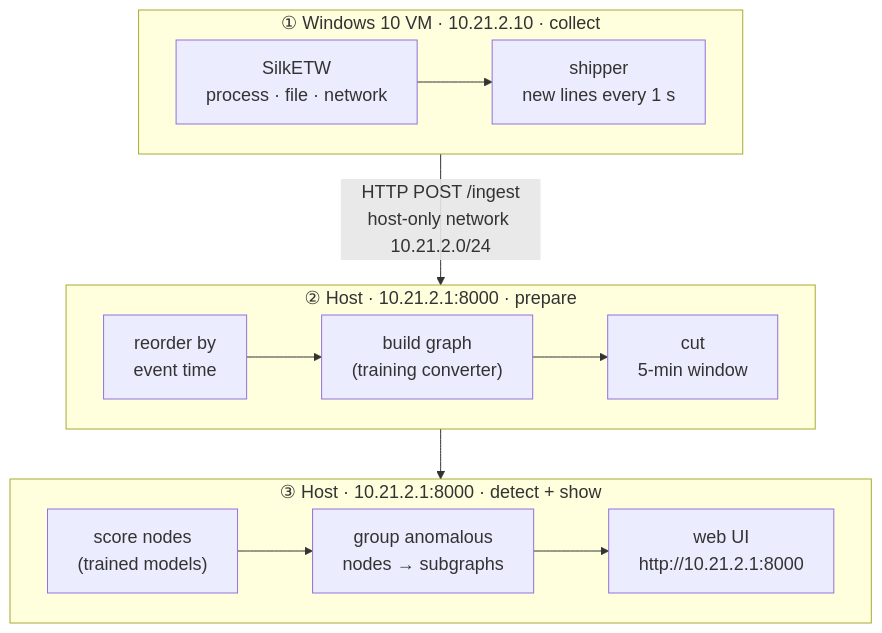
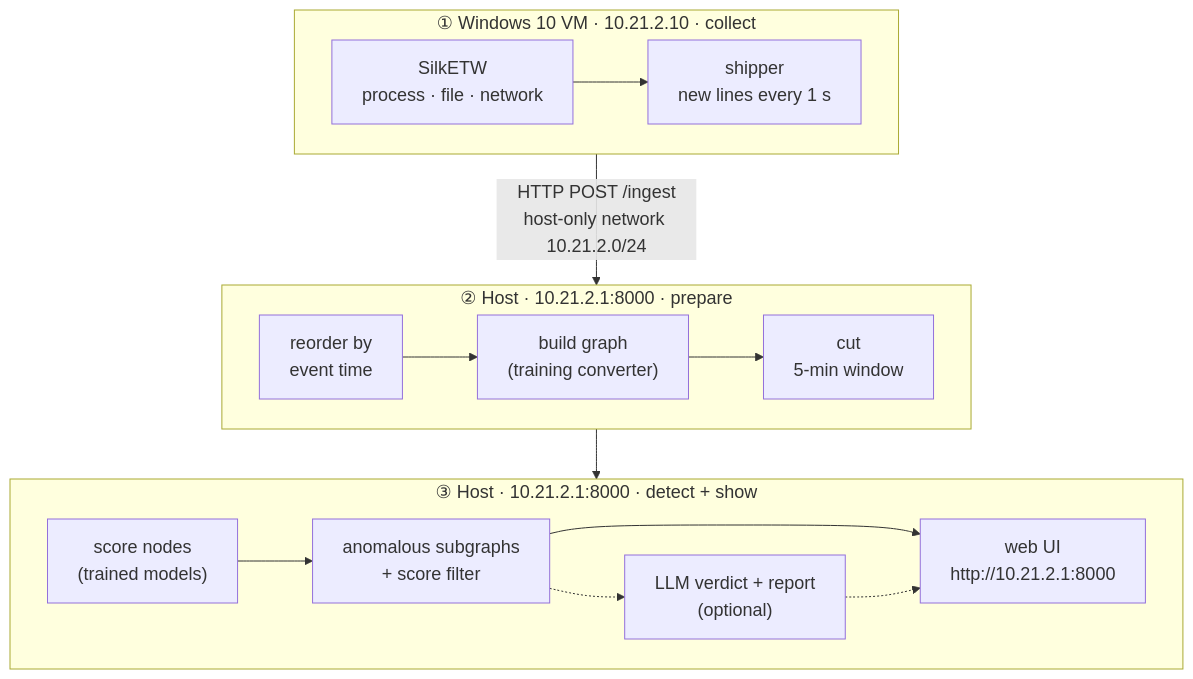
The first of 2 diagrams in docs/reports/professor.md (UITProjects/NT2102), drawn with Mermaid before and after one commit. The commit also changed other lines of this file and 43 other files, not shown here.

````diff
--- a/docs/reports/professor.md
+++ b/docs/reports/professor.md
@@ -25,18 +25,19 @@
 ```mermaid
 %%{init: {"flowchart": {"useMaxWidth": false, "nodeSpacing": 40, "rankSpacing": 50}, "themeVariables": {"fontSize": "18px"}}}%%
 flowchart TB
   subgraph VM["① Windows 10 VM · 10.21.2.10 · collect"]
     direction LR
     A["SilkETW<br/>process · file · network"] --> B["shipper<br/>new lines every 1 s"]
   end
   subgraph PREP["② Host · 10.21.2.1:8000 · prepare"]
     direction LR
     C["reorder by<br/>event time"] --> D["build graph<br/>(training converter)"] --> E["cut<br/>5-min window"]
   end
   subgraph DET["③ Host · 10.21.2.1:8000 · detect + show"]
     direction LR
-    F["score nodes<br/>(trained models)"] --> G["group anomalous<br/>nodes → subgraphs"] --> UI["web UI<br/>http://10.21.2.1:8000"]
+    F["score nodes<br/>(trained models)"] --> G["anomalous subgraphs<br/>+ score filter"] --> UI["web UI<br/>http://10.21.2.1:8000"]
+    G -.-> LLM["LLM verdict + report<br/>(optional)"] -.-> UI
   end
   VM -- "HTTP POST /ingest<br/>host-only network 10.21.2.0/24" --> PREP
   PREP --> DET
 ```
````
